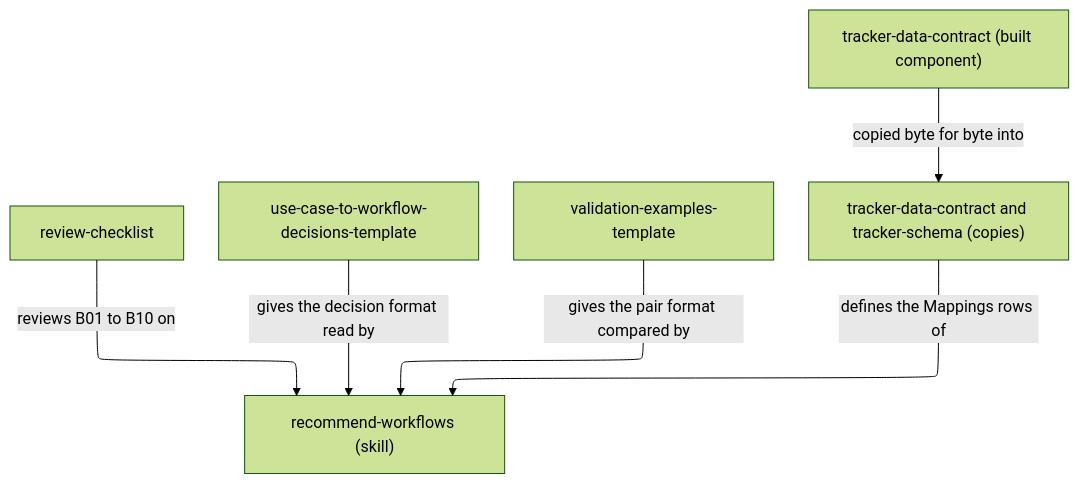
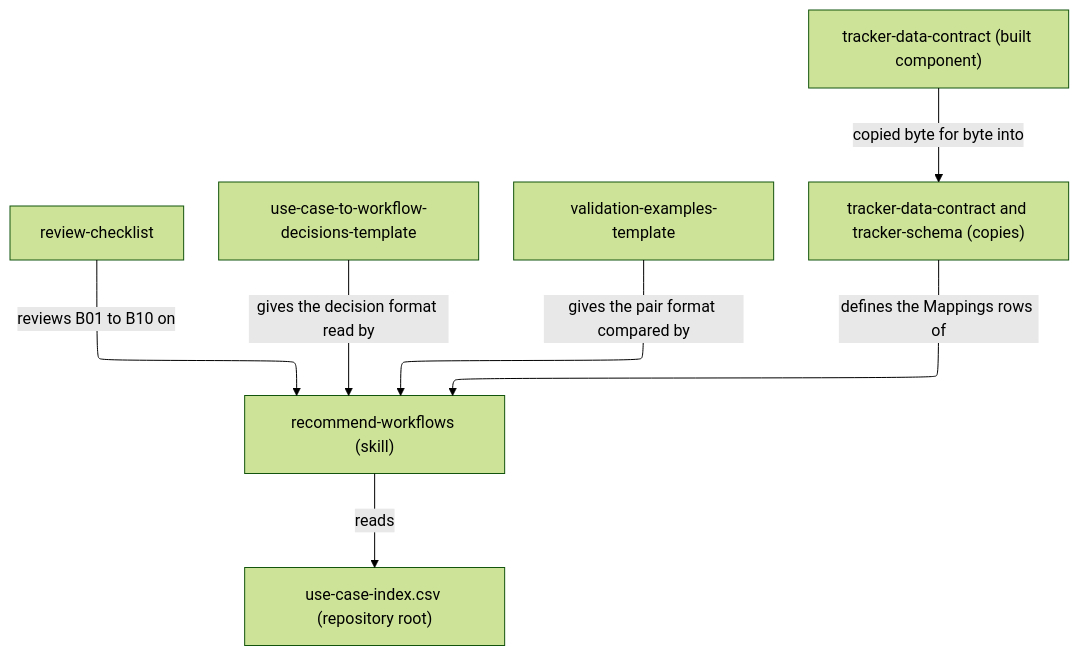
One commit to vrparthasarathy/migration-job-discovery changed the diagram in workflow-recommender/README.md. Above: the diagram before and after it, drawn with Mermaid (forest theme). The commit also changed other lines of this file and 143 other files, not shown here.

````diff
--- a/workflow-recommender/README.md
+++ b/workflow-recommender/README.md
@@ -41,25 +35,27 @@
 ```mermaid
 ---
 config:
   layout: elk
 ---
 %%{init: {"securityLevel": "loose"}}%%
 flowchart TB
   chk["review-checklist"]
   skill["recommend-workflows (skill)"]
   dec["use-case-to-workflow-decisions-template"]
   val["validation-examples-template"]
   copy["tracker-data-contract and tracker-schema (copies)"]
+  idx["use-case-index.csv (repository root)"]
   contract["tracker-data-contract (built component)"]
   click chk "review-checklist.md"
   click skill "recommend-workflows/SKILL.md"
   click dec "recommend-workflows/use-case-to-workflow-decisions-template.md"
   click val "recommend-workflows/validation-examples-template.md"
   click copy "recommend-workflows/tracker-data-contract.md"
   click contract "../tracker-data-contract/README.md"
   contract -->|"copied byte for byte into"| copy
   copy -->|"defines the Mappings rows of"| skill
   dec -->|"gives the decision format read by"| skill
   val -->|"gives the pair format compared by"| skill
+  skill -->|"reads"| idx
   chk -->|"reviews B01 to B10 on"| skill
 ```
````
